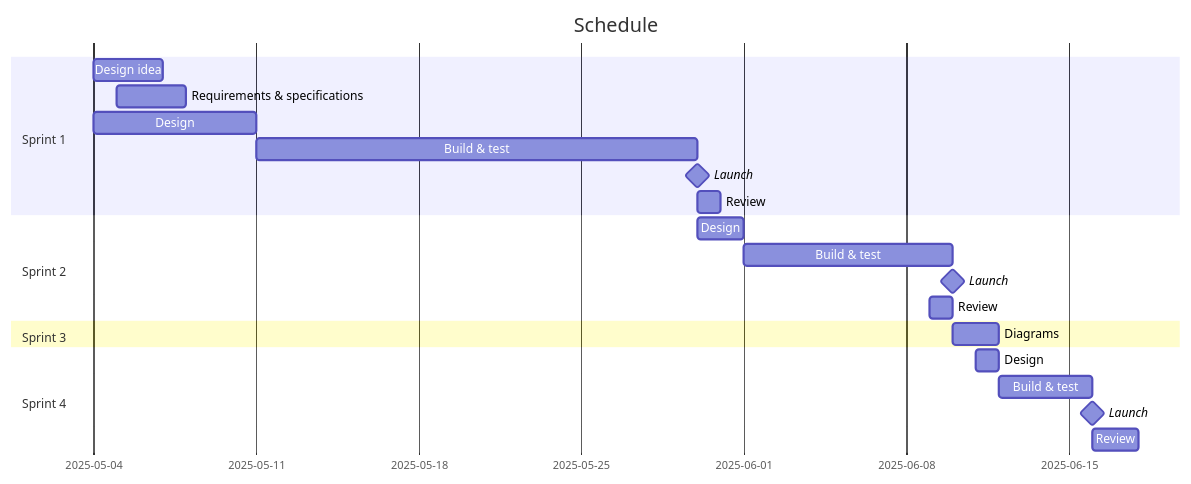
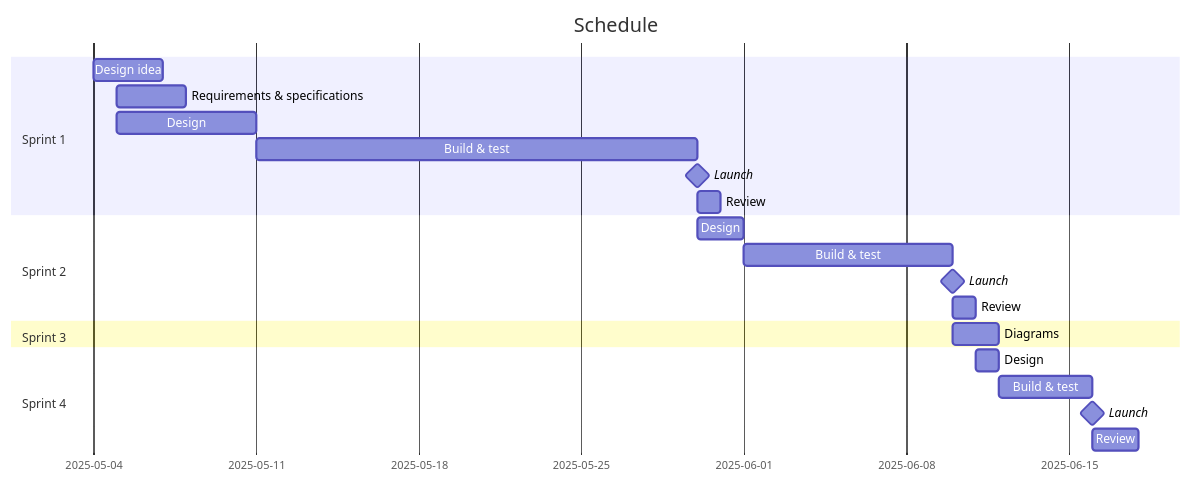
One commit to Tsunami014/MoriNoKomichi changed the diagram in docs/DOCS.md. Above: the diagram before and after it, drawn with Mermaid. The commit also changed other lines of this file and 11 other files, not shown here.

````diff
--- a/docs/DOCS.md
+++ b/docs/DOCS.md
@@ -50,25 +56,25 @@
 ```mermaid
 gantt
-    title Schedule
-    dateFormat YYYY-MM-DD
-    section Sprint 1
-        Design idea                   :2025-05-04, 2025-05-07
-        Requirements & specifications :2025-05-05, 2025-05-08
-        Design                        :2025-05-04, 2025-05-11
-        Build & test                  :2025-05-11, 2025-05-30
-        Launch                        :milestone,  2025-05-30, 2m
-        Review                        :2025-05-30, 2025-05-31
-    section Sprint 2
-        Design                        :2025-05-30, 2025-06-01
-        Build & test                  :2025-06-01, 2025-06-10
-        Launch                        :milestone,  2025-06-10, 2m
-        Review                        :2025-06-09, 2025-06-10
-    section Sprint 3
-        Diagrams                      :2025-06-10, 2025-06-12
-    section Sprint 4
-        Design                        :2025-06-11, 2025-06-12
-        Build & test                  :2025-06-12, 2025-06-16
-        Launch                        :milestone,  2025-06-16, 2m
-        Review                        :2025-06-16, 2025-06-18
+   title Schedule
+   dateFormat YYYY-MM-DD
+   section Sprint 1
+       Design idea                   :2025-05-04, 2025-05-07
+       Requirements & specifications :2025-05-05, 2025-05-08
+       Design                        :2025-05-05, 2025-05-11
+       Build & test                  :2025-05-11, 2025-05-30
+       Launch                        :milestone,  2025-05-30, 2m
+       Review                        :2025-05-30, 2025-05-31
+   section Sprint 2
+       Design                        :2025-05-30, 2025-06-01
+       Build & test                  :2025-06-01, 2025-06-10
+       Launch                        :milestone,  2025-06-10, 2m
+       Review                        :2025-06-10, 2025-06-11
+   section Sprint 3
+       Diagrams                      :2025-06-10, 2025-06-12
+   section Sprint 4
+       Design                        :2025-06-11, 2025-06-12
+       Build & test                  :2025-06-12, 2025-06-16
+       Launch                        :milestone,  2025-06-16, 2m
+       Review                        :2025-06-16, 2025-06-18
 
 ```
````
